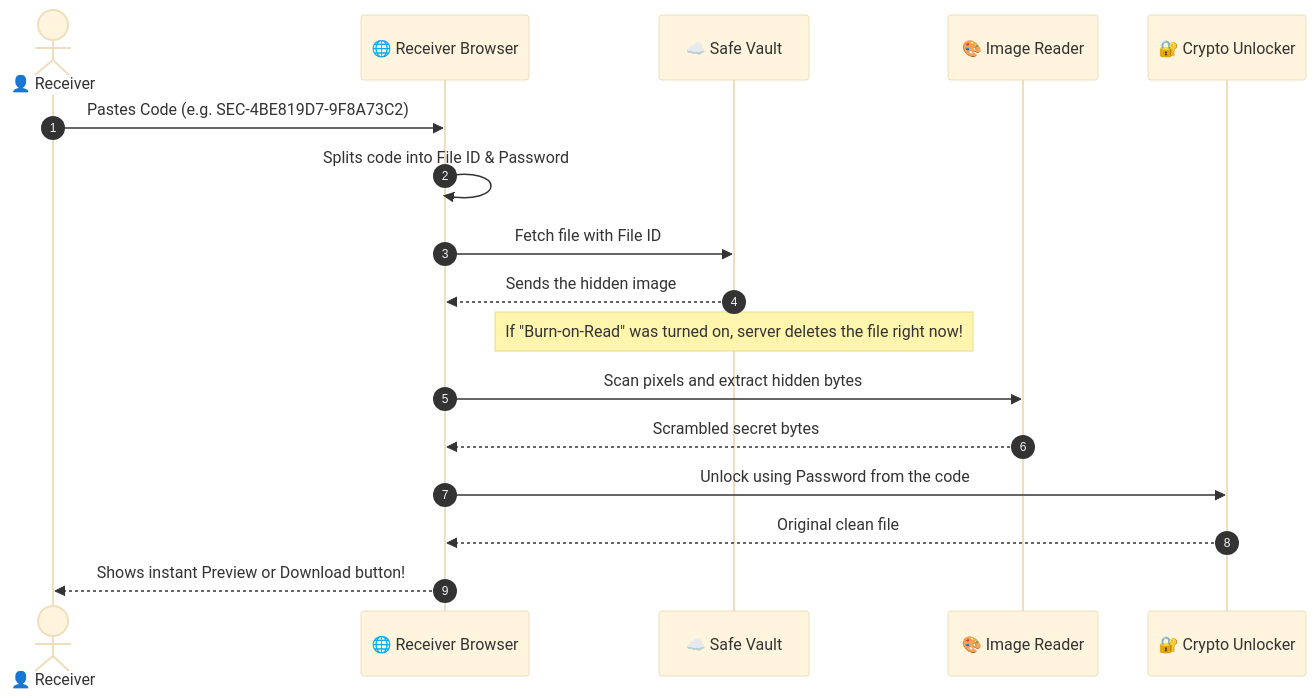
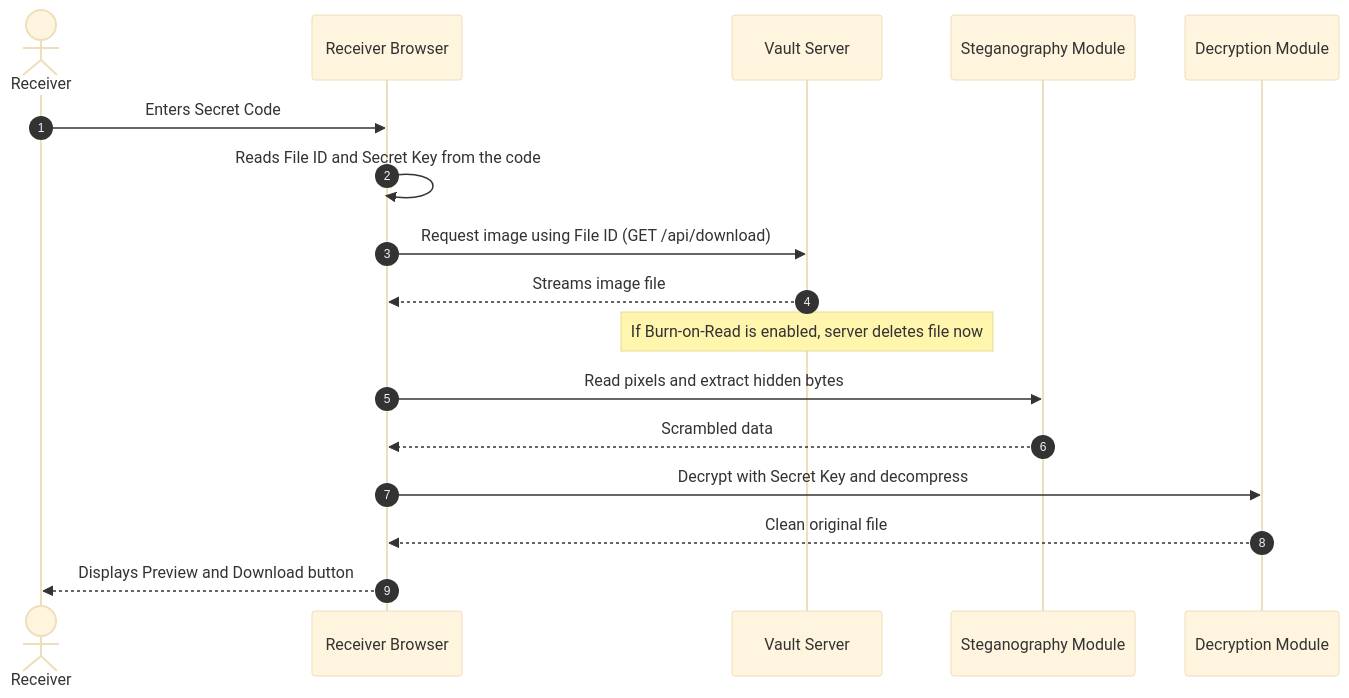
One commit to sujalkathait93-lab/filesender changed the third of 4 diagrams in README.md. Above: the diagram before and after it, drawn with Mermaid (base theme). The commit also changed other lines of this file, not shown here.

Commit message:
Refactor README: clean tone, beginner-friendly explanations, simplified diagrams, minimal emojis

````diff
--- a/README.md
+++ b/README.md
@@ -119,20 +127,20 @@
 ```mermaid
 sequenceDiagram
     autonumber
-    actor Receiver as 👤 Receiver
-    participant Browser as 🌐 Receiver Browser
-    participant Server as ☁️ Safe Vault
-    participant Painter as 🎨 Image Reader
-    participant Lock as 🔐 Crypto Unlocker
+    actor Receiver as Receiver
+    participant Browser as Receiver Browser
+    participant Server as Vault Server
+    participant ImageEngine as Steganography Module
+    participant Crypto as Decryption Module
 
-    Receiver->>Browser: Pastes Code (e.g. SEC-4BE819D7-9F8A73C2)
-    Browser->>Browser: Splits code into File ID & Password
-    Browser->>Server: Fetch file with File ID
-    Server-->>Browser: Sends the hidden image
-    Note over Server: If "Burn-on-Read" was turned on, server deletes the file right now!
-    Browser->>Painter: Scan pixels and extract hidden bytes
-    Painter-->>Browser: Scrambled secret bytes
-    Browser->>Lock: Unlock using Password from the code
-    Lock-->>Browser: Original clean file
-    Browser-->>Receiver: Shows instant Preview or Download button!
+    Receiver->>Browser: Enters Secret Code
+    Browser->>Browser: Reads File ID and Secret Key from the code
+    Browser->>Server: Request image using File ID (GET /api/download)
+    Server-->>Browser: Streams image file
+    Note over Server: If Burn-on-Read is enabled, server deletes file now
+    Browser->>ImageEngine: Read pixels and extract hidden bytes
+    ImageEngine-->>Browser: Scrambled data
+    Browser->>Crypto: Decrypt with Secret Key and decompress
+    Crypto-->>Browser: Clean original file
+    Browser-->>Receiver: Displays Preview and Download button
 ```
````
